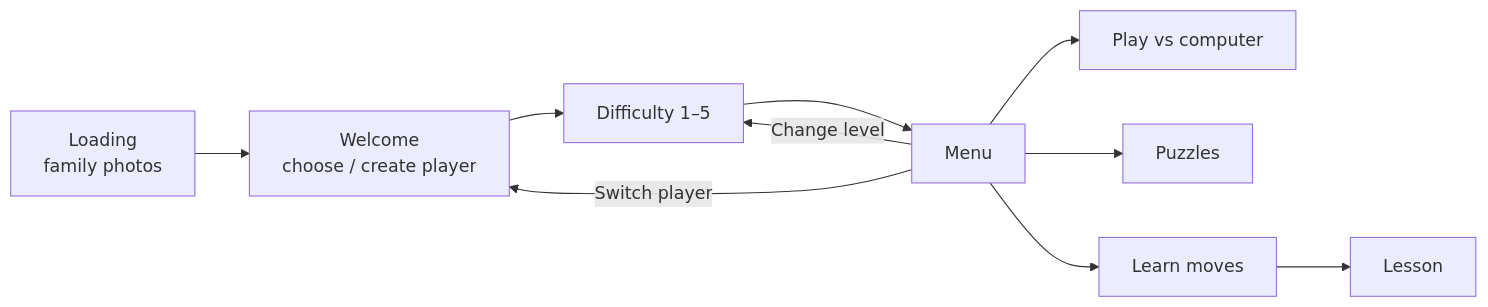
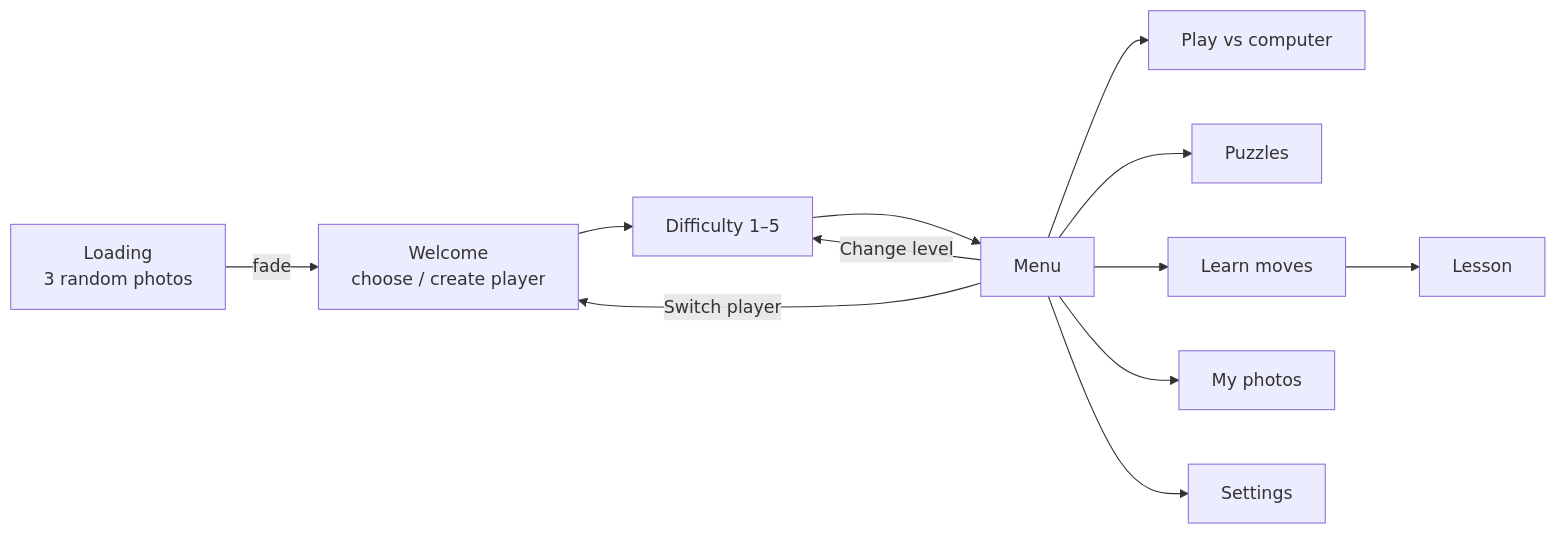
The diagram in docs/architecture.md (SumeshKashyap/our-board-games), drawn with Mermaid before and after one commit. The commit also changed other lines of this file and 3 other files, not shown here.

Commit message:
Docs: architecture, roadmap, decisions and README for photos and Phase 5

````diff
--- a/docs/architecture.md
+++ b/docs/architecture.md
@@ -8,11 +8,13 @@
 ```mermaid
 flowchart LR
-    Loading[Loading<br/>family photos] --> Welcome[Welcome<br/>choose / create player]
+    Loading[Loading<br/>3 random photos] -- fade --> Welcome[Welcome<br/>choose / create player]
     Welcome --> Level[Difficulty 1–5]
     Level --> Menu
     Menu --> Game[Play vs computer]
     Menu --> Puzzles
     Menu --> Lessons[Learn moves] --> Lesson
+    Menu --> Photos[My photos]
+    Menu --> Settings
     Menu -- Change level --> Level
     Menu -- Switch player --> Welcome
 ```
````
